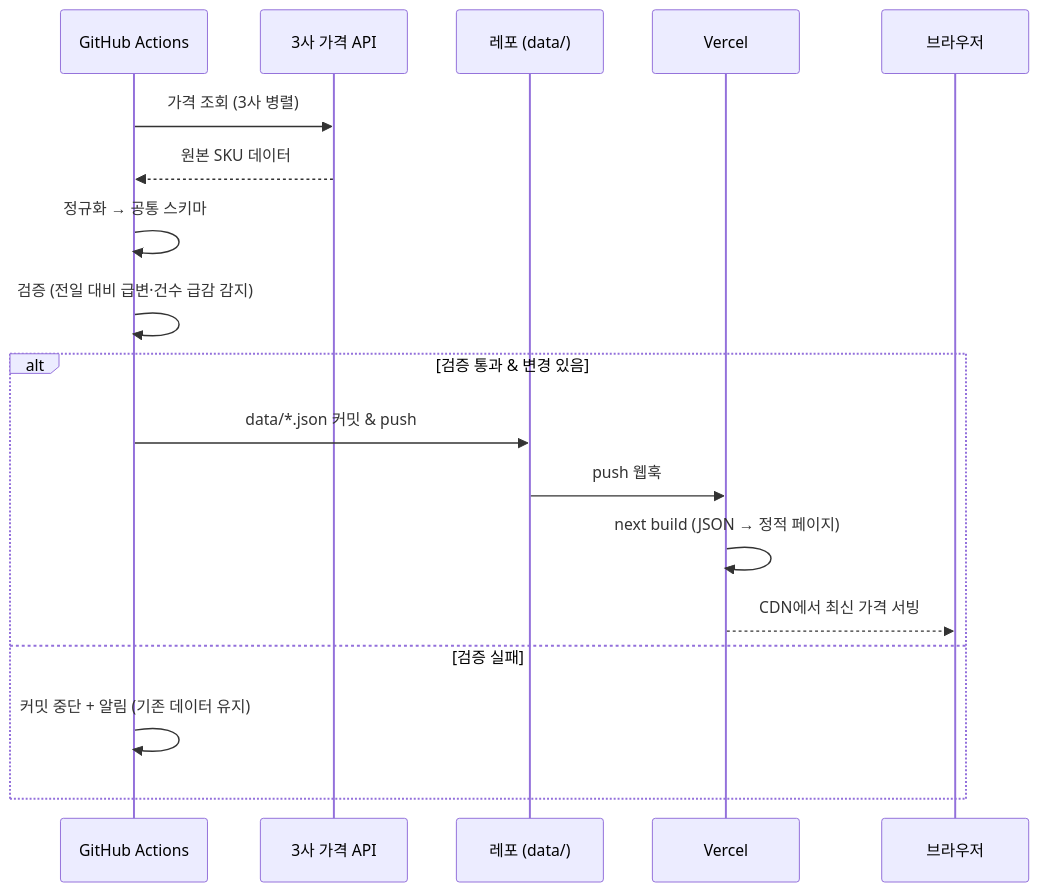
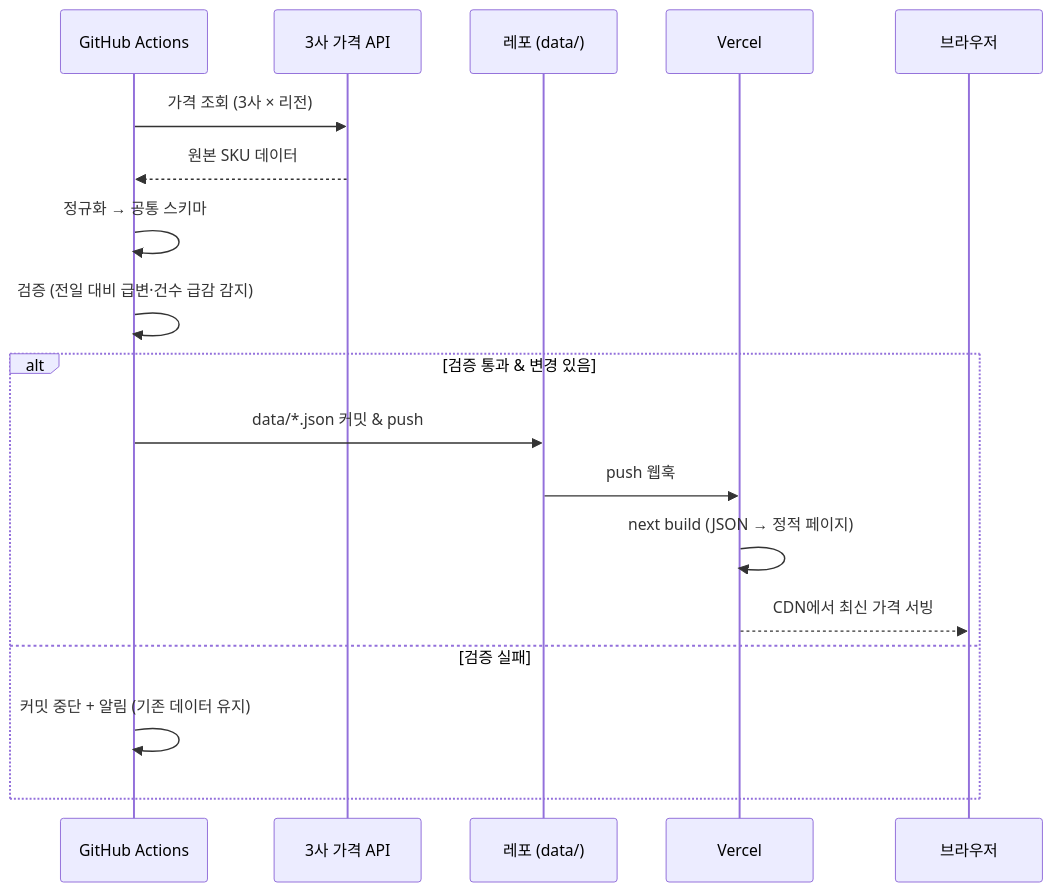
One commit to myc0603/cloud-cost changed the second of 3 diagrams in docs/ARCHITECTURE.md. Above: the diagram before and after it, drawn with Mermaid. The commit also changed other lines of this file and 4 other files, not shown here.

````diff
--- a/docs/ARCHITECTURE.md
+++ b/docs/ARCHITECTURE.md
@@ -39,21 +39,21 @@
 ```mermaid
 sequenceDiagram
     participant GA as GitHub Actions
     participant API as 3사 가격 API
     participant Repo as 레포 (data/)
     participant V as Vercel
     participant U as 브라우저
 
-    GA->>API: 가격 조회 (3사 병렬)
+    GA->>API: 가격 조회 (3사 × 리전)
     API-->>GA: 원본 SKU 데이터
     GA->>GA: 정규화 → 공통 스키마
     GA->>GA: 검증 (전일 대비 급변·건수 급감 감지)
     alt 검증 통과 & 변경 있음
         GA->>Repo: data/*.json 커밋 & push
         Repo->>V: push 웹훅
         V->>V: next build (JSON → 정적 페이지)
         V-->>U: CDN에서 최신 가격 서빙
     else 검증 실패
         GA->>GA: 커밋 중단 + 알림 (기존 데이터 유지)
     end
 ```
````
